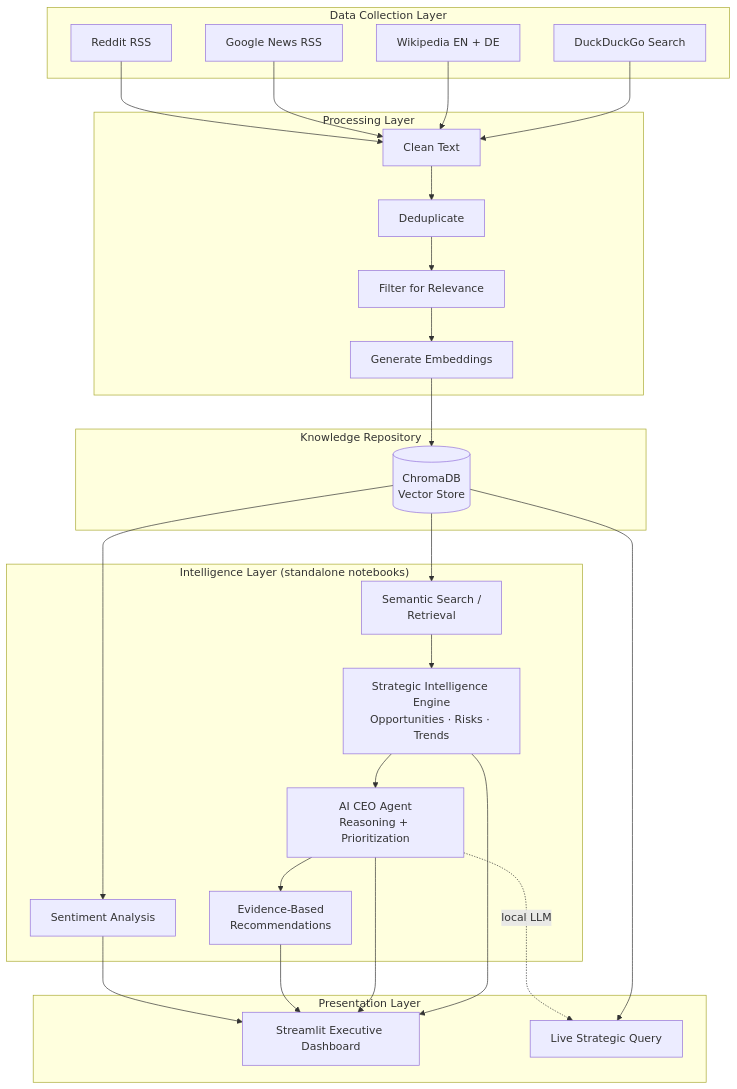
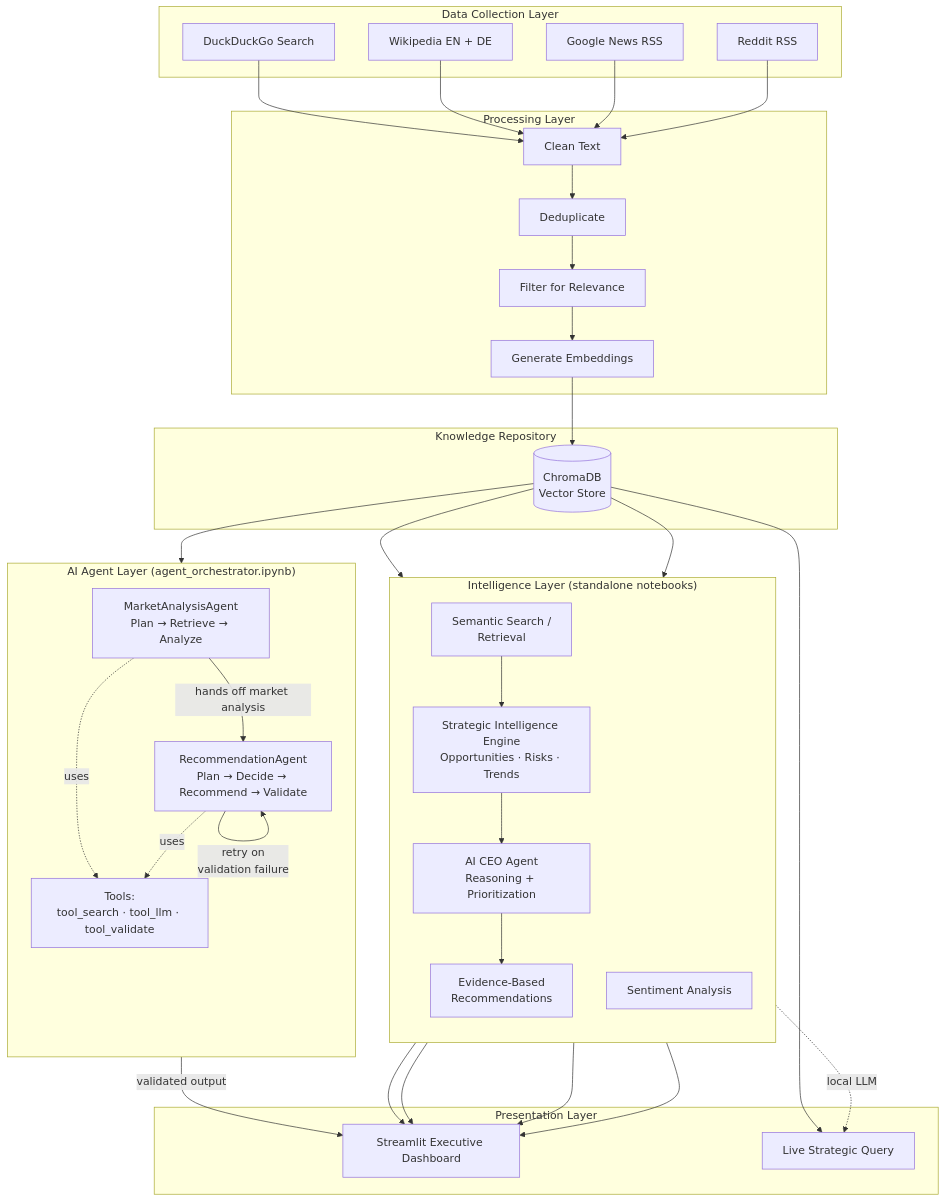
One commit to namrata1104/NLP-project changed the first of 2 diagrams in README.md. Above: the diagram before and after it, drawn with Mermaid. The commit also changed other lines of this file, not shown here.

````diff
--- a/README.md
+++ b/README.md
@@ -43,41 +45,55 @@
 ```mermaid
 flowchart TB
     subgraph Collection["Data Collection Layer"]
         A1[DuckDuckGo Search]
         A2[Wikipedia EN + DE]
         A3[Google News RSS]
         A4[Reddit RSS]
     end
 
     subgraph Processing["Processing Layer"]
         B1[Clean Text]
         B2[Deduplicate]
         B3[Filter for Relevance]
         B4[Generate Embeddings]
     end
 
     subgraph Storage["Knowledge Repository"]
         C1[(ChromaDB<br/>Vector Store)]
     end
 
     subgraph Intelligence["Intelligence Layer (standalone notebooks)"]
+        direction TB
         D1[Semantic Search /<br/>Retrieval]
         D2[Strategic Intelligence Engine<br/>Opportunities · Risks · Trends]
         D3[AI CEO Agent<br/>Reasoning + Prioritization]
         D4[Evidence-Based<br/>Recommendations]
         D5[Sentiment Analysis]
+        D1 --> D2 --> D3 --> D4
+    end
+
+    subgraph AgentLayer["AI Agent Layer (agent_orchestrator.ipynb)"]
+        direction TB
+        F4[MarketAnalysisAgent<br/>Plan → Retrieve → Analyze]
+        F5[RecommendationAgent<br/>Plan → Decide → Recommend → Validate]
+        Tools[Tools:<br/>tool_search · tool_llm · tool_validate]
+        F4 -->|hands off market analysis| F5
+        F4 -.uses.-> Tools
+        F5 -.uses.-> Tools
+        F5 -->|retry on<br/>validation failure| F5
     end
 
     subgraph Presentation["Presentation Layer"]
         E1[Streamlit Executive Dashboard]
         E2[Live Strategic Query]
     end
 
     A1 & A2 & A3 & A4 --> B1 --> B2 --> B3 --> B4 --> C1
     C1 --> D1
-    D1 --> D2 --> D3 --> D4
     C1 --> D5
+    C1 --> F4
     D2 & D3 & D4 & D5 --> E1
+    F5 -->|validated output| E1
     C1 --> E2
     D3 -.local LLM.-> E2
 ```
````
